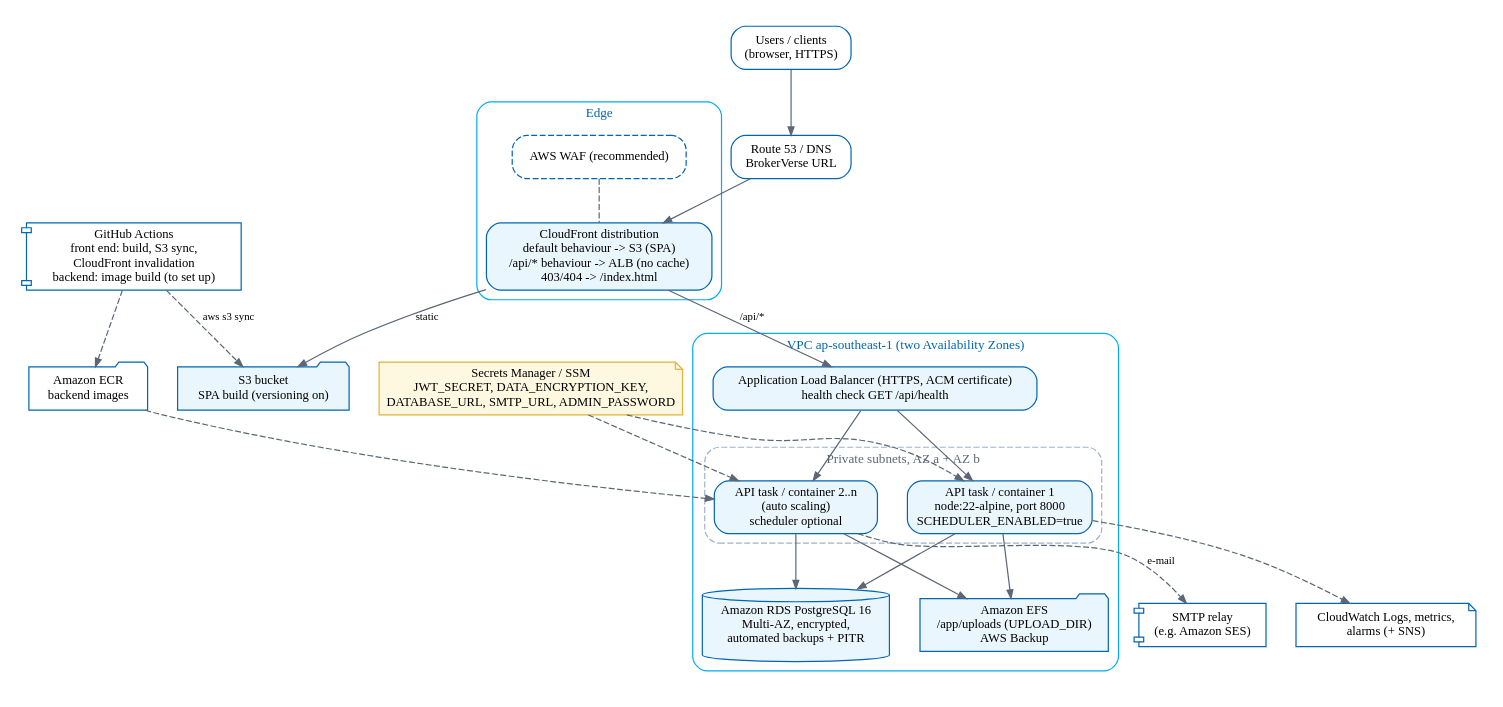
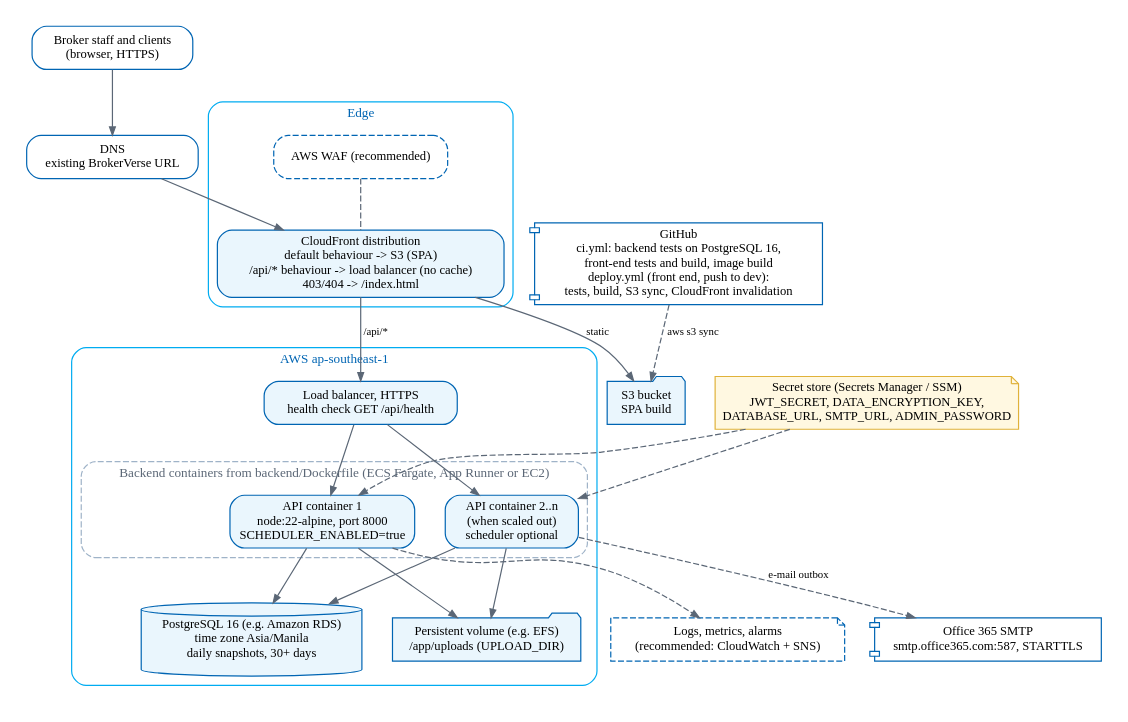
The diagram in docs/architecture/diagrams/d01_deployment_aws.dot (IortaTexhNXT-DEV/BDOI-OOTB), drawn with Graphviz before and after one commit. The commit also changed 33 other files, not shown here.

First line of the commit message:
Architecture diagrams: current modules, broker roles and the deployment on the BrokerVerse URL

```diff
--- a/docs/architecture/diagrams/d01_deployment_aws.dot
+++ b/docs/architecture/diagrams/d01_deployment_aws.dot
@@ -1,36 +1,36 @@
-// Target production deployment on AWS ap-southeast-1 (document 01, 07). Sizes are recommendations.
+// Production deployment on the existing BrokerVerse URL, AWS ap-southeast-1 (documents 01, 07).
+// Source: deploy/README.md and deploy/REFERENCE.md. Dashed boxes are recommendations to be confirmed by DevOps.
 digraph G {
   graph [rankdir=TB, fontname="Nunito", fontsize=11, nodesep=0.35, ranksep=0.5, pad=0.2, compound=true];
   node  [shape=box, style="rounded,filled", fillcolor="#EAF6FD", color="#0065B3", fontname="Nunito", fontsize=10.5];
   edge  [color="#5B6776", fontname="Nunito", fontsize=9, arrowsize=0.7];
 
-  users [label="Users / clients\n(browser, HTTPS)", fillcolor="#FFFFFF"];
-  gha [label="GitHub Actions\nfront end: build, S3 sync,\nCloudFront invalidation\nbackend: image build (to set up)", shape=component, fillcolor="#FFFFFF"];
-  dns [label="Route 53 / DNS\nBrokerVerse URL", fillcolor="#FFFFFF"];
+  users [label="Broker staff and clients\n(browser, HTTPS)", fillcolor="#FFFFFF"];
+  gh [label="GitHub\nci.yml: backend tests on PostgreSQL 16,\nfront-end tests and build, image build\ndeploy.yml (front end, push to dev):\ntests, build, S3 sync, CloudFront invalidation", shape=component, fillcolor="#FFFFFF"];
+  dns [label="DNS\nexisting BrokerVerse URL", fillcolor="#FFFFFF"];
   subgraph cluster_edge { label="Edge"; style="rounded"; color="#00ACF1"; fontcolor="#0065B3";
-    cf [label="CloudFront distribution\ndefault behaviour -> S3 (SPA)\n/api/* behaviour -> ALB (no cache)\n403/404 -> /index.html"];
+    cf [label="CloudFront distribution\ndefault behaviour -> S3 (SPA)\n/api/* behaviour -> load balancer (no cache)\n403/404 -> /index.html"];
     waf [label="AWS WAF (recommended)", style="rounded,dashed,filled", fillcolor="#FFFFFF"];
   }
-  s3 [label="S3 bucket\nSPA build (versioning on)", shape=folder];
-  subgraph cluster_vpc { label="VPC ap-southeast-1 (two Availability Zones)"; style="rounded"; color="#00ACF1"; fontcolor="#0065B3";
-    alb [label="Application Load Balancer (HTTPS, ACM certificate)\nhealth check GET /api/health"];
-    subgraph cluster_az { label="Private subnets, AZ a + AZ b"; style="rounded,dashed"; color="#9FB3C8"; fontcolor="#5B6776";
-      api1 [label="API task / container 1\nnode:22-alpine, port 8000\nSCHEDULER_ENABLED=true"];
-      api2 [label="API task / container 2..n\n(auto scaling)\nscheduler optional"];
+  s3 [label="S3 bucket\nSPA build", shape=folder];
+  subgraph cluster_vpc { label="AWS ap-southeast-1"; style="rounded"; color="#00ACF1"; fontcolor="#0065B3";
+    alb [label="Load balancer, HTTPS\nhealth check GET /api/health"];
+    subgraph cluster_az { label="Backend containers from backend/Dockerfile (ECS Fargate, App Runner or EC2)"; style="rounded,dashed"; color="#9FB3C8"; fontcolor="#5B6776";
+      api1 [label="API container 1\nnode:22-alpine, port 8000\nSCHEDULER_ENABLED=true"];
+      api2 [label="API container 2..n\n(when scaled out)\nscheduler optional"];
     }
-    rds [label="Amazon RDS PostgreSQL 16\nMulti-AZ, encrypted,\nautomated backups + PITR", shape=cylinder];
-    efs [label="Amazon EFS\n/app/uploads (UPLOAD_DIR)\nAWS Backup", shape=folder];
+    rds [label="PostgreSQL 16 (e.g. Amazon RDS)\ntime zone Asia/Manila\ndaily snapshots, 30+ days", shape=cylinder];
+    efs [label="Persistent volume (e.g. EFS)\n/app/uploads (UPLOAD_DIR)", shape=folder];
   }
-  sm [label="Secrets Manager / SSM\nJWT_SECRET, DATA_ENCRYPTION_KEY,\nDATABASE_URL, SMTP_URL, ADMIN_PASSWORD", shape=note, fillcolor="#FFF8E1", color="#E0B23A"];
-  cw [label="CloudWatch Logs, metrics,\nalarms (+ SNS)", shape=note, fillcolor="#FFFFFF"];
-  smtp [label="SMTP relay\n(e.g. Amazon SES)", shape=component, fillcolor="#FFFFFF"];
-  ecr [label="Amazon ECR\nbackend images", shape=folder, fillcolor="#FFFFFF"];
+  sm [label="Secret store (Secrets Manager / SSM)\nJWT_SECRET, DATA_ENCRYPTION_KEY,\nDATABASE_URL, SMTP_URL, ADMIN_PASSWORD", shape=note, fillcolor="#FFF8E1", color="#E0B23A"];
+  cw [label="Logs, metrics, alarms\n(recommended: CloudWatch + SNS)", shape=note, style="rounded,dashed,filled", fillcolor="#FFFFFF"];
+  smtp [label="Office 365 SMTP\nsmtp.office365.com:587, STARTTLS", shape=component, fillcolor="#FFFFFF"];
 
   users -> dns -> cf; waf -> cf [style=dashed, arrowhead=none];
   cf -> s3 [label="static"]; cf -> alb [label="/api/*"];
-  gha -> s3 [label="aws s3 sync", style=dashed]; gha -> ecr [style=dashed];
+  gh -> s3 [label="aws s3 sync", style=dashed];
   alb -> api1; alb -> api2;
   api1 -> rds; api2 -> rds; api1 -> efs; api2 -> efs;
   sm -> api1 [style=dashed]; sm -> api2 [style=dashed];
-  api1 -> cw [style=dashed]; api2 -> smtp [style=dashed, label="e-mail"]; ecr -> api2 [style=dashed];
+  api1 -> cw [style=dashed]; api2 -> smtp [style=dashed, label="e-mail outbox"];
 }
```
